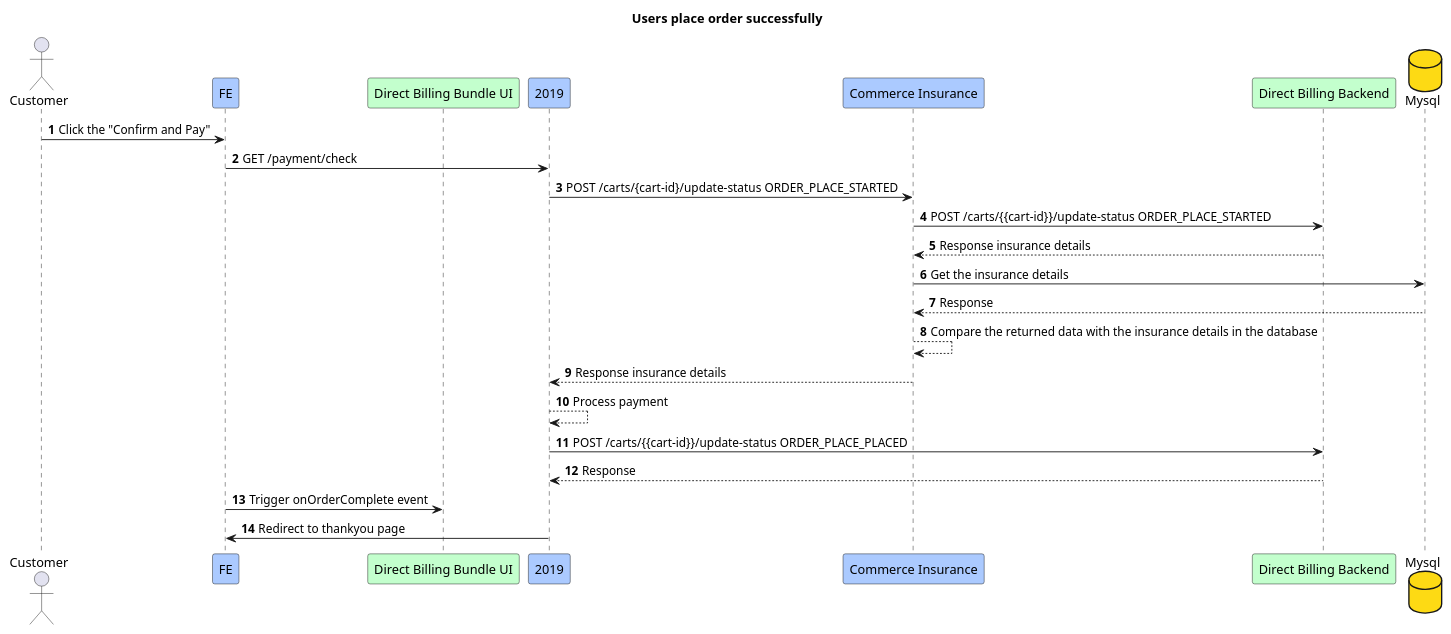
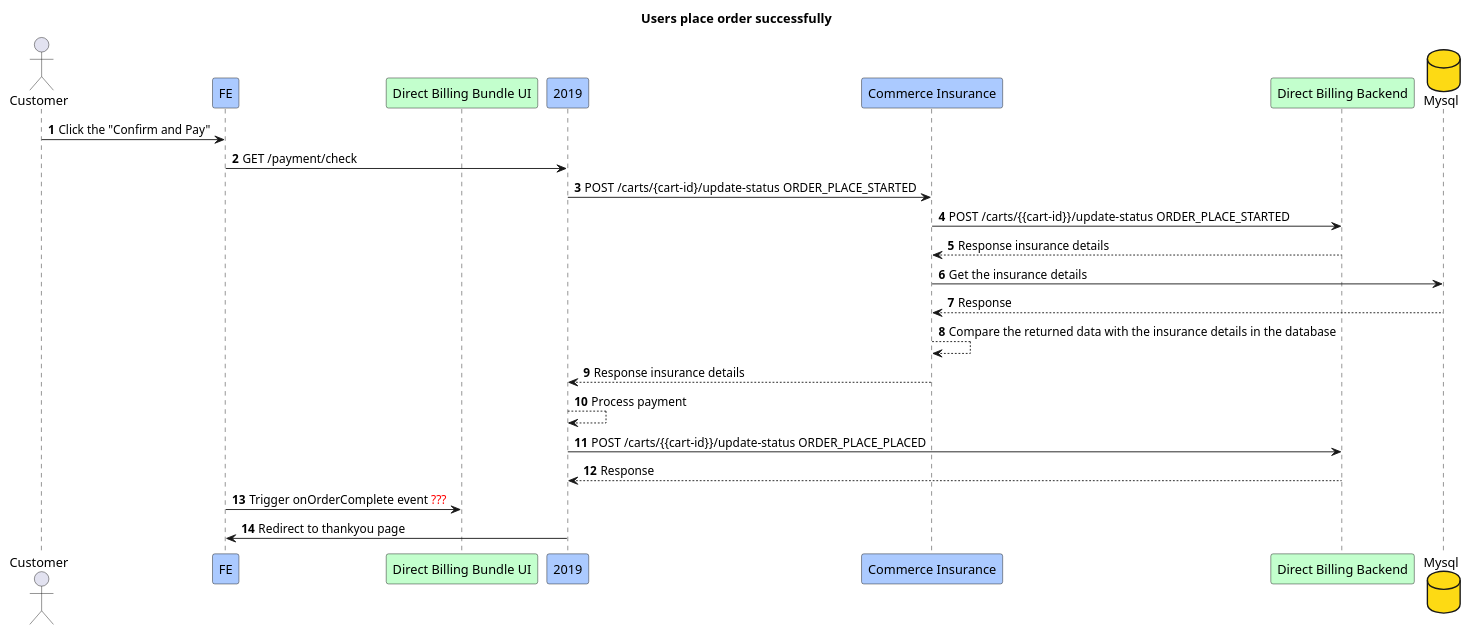
Before and after one commit to Jayounger/EyeMed-Sequence-Diagram: the diagram in 15.Customer places order successfully.puml, drawn with PlantUML. The commit also changed 32 other files, not shown here.

```diff
--- a/15.Customer places order successfully.puml
+++ b/15.Customer places order successfully.puml
@@ -1,28 +1,28 @@
 @startuml
 title Users place order successfully
 actor Customer
 participant FE #abcaff
 participant "Direct Billing Bundle UI" #c3ffcd
 participant "2019" #abcaff
 participant "Commerce Insurance" #abcaff
 participant "Direct Billing Backend" #c3ffcd
 database "Mysql" #fdda14
 
 autonumber
 Customer -> FE:Click the "Confirm and Pay"
 FE -> 2019:GET /payment/check
 2019 -> "Commerce Insurance":POST /carts/{cart-id}/update-status ORDER_PLACE_STARTED
 "Commerce Insurance" -> "Direct Billing Backend":POST /carts/{{cart-id}}/update-status ORDER_PLACE_STARTED
 "Direct Billing Backend" --> "Commerce Insurance":Response insurance details
 "Commerce Insurance" -> "Mysql":Get the insurance details
 "Mysql" --> "Commerce Insurance":Response
 "Commerce Insurance" --> "Commerce Insurance" :Compare the returned data with the insurance details in the database
 "Commerce Insurance"  --> 2019:Response insurance details
 
 2019 --> 2019:Process payment
 2019 -> "Direct Billing Backend":POST /carts/{{cart-id}}/update-status ORDER_PLACE_PLACED
 "Direct Billing Backend" --> 2019:Response
-FE -> "Direct Billing Bundle UI":Trigger onOrderComplete event
+FE -> "Direct Billing Bundle UI":Trigger onOrderComplete event <font color=red>???
 2019 -> FE:Redirect to thankyou page
 
 @enduml
```
